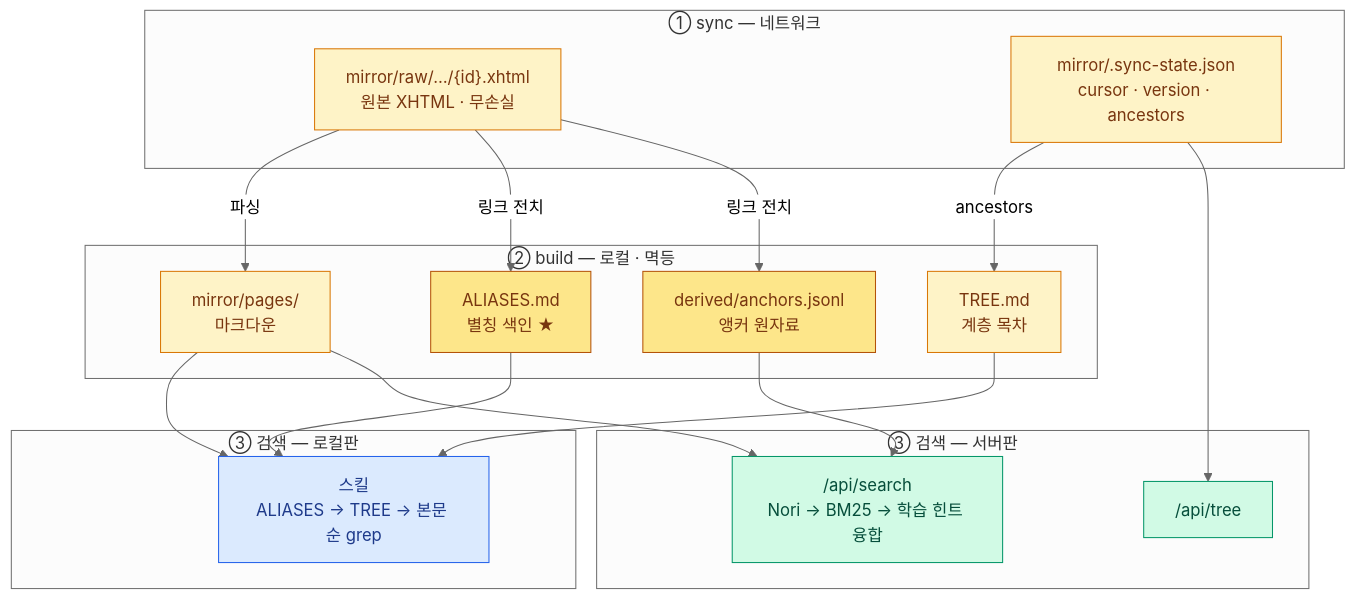
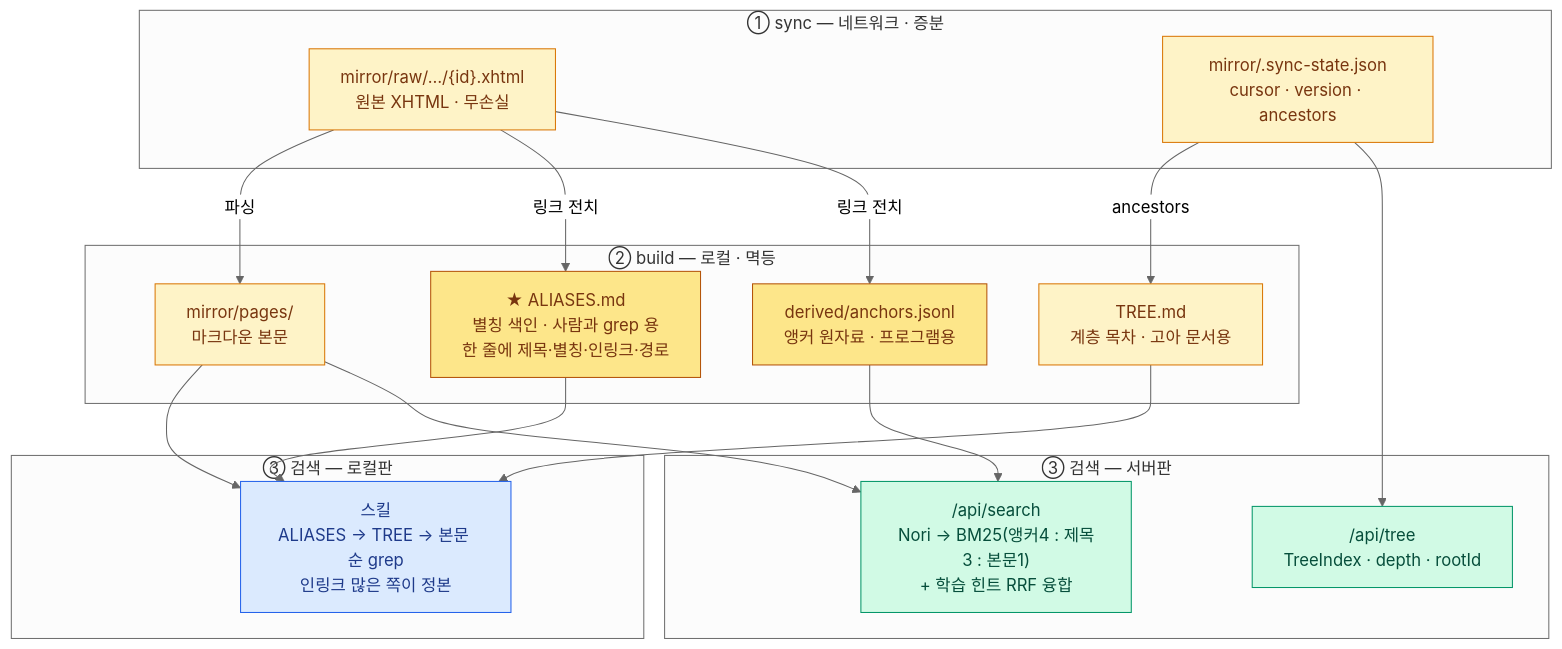
One commit to mukansei/wikilens changed the second of 3 diagrams in README.md. Above: the diagram before and after it, drawn with Mermaid (neutral theme). The commit also changed other lines of this file, not shown here.

First line of the commit message:
docs: README 다이어그램 라벨 복원 및 학습 레이어 절·목차 추가

````diff
--- a/README.md
+++ b/README.md
@@ -97,45 +114,45 @@
 ```mermaid
 flowchart TB
-    subgraph S1["① sync — 네트워크"]
+    subgraph S1["① sync — 네트워크 · 증분"]
         RAW["mirror/raw/…/{id}.xhtml<br/>원본 XHTML · 무손실"]
         STATE["mirror/.sync-state.json<br/>cursor · version · ancestors"]
     end
 
     subgraph S2["② build — 로컬 · 멱등"]
-        PAGES["mirror/pages/<br/>마크다운"]
-        ALIAS["ALIASES.md<br/>별칭 색인 ★"]
-        TREE["TREE.md<br/>계층 목차"]
-        ANCH["derived/anchors.jsonl<br/>앵커 원자료"]
+        PAGES["mirror/pages/<br/>마크다운 본문"]
+        ALIAS["★ ALIASES.md<br/>별칭 색인 · 사람과 grep 용<br/>한 줄에 제목·별칭·인링크·경로"]
+        TREE["TREE.md<br/>계층 목차 · 고아 문서용"]
+        ANCH["derived/anchors.jsonl<br/>앵커 원자료 · 프로그램용"]
     end
 
     subgraph S3L["③ 검색 — 로컬판"]
-        LQ["스킬<br/>ALIASES → TREE → 본문 순 grep"]
+        LQ["스킬<br/>ALIASES → TREE → 본문 순 grep<br/>인링크 많은 쪽이 정본"]
     end
 
     subgraph S3S["③ 검색 — 서버판"]
-        SQ["/api/search<br/>Nori → BM25 → 학습 힌트 융합"]
-        ST["/api/tree"]
+        SQ["/api/search<br/>Nori → BM25(앵커4 : 제목3 : 본문1)<br/>+ 학습 힌트 RRF 융합"]
+        ST["/api/tree<br/>TreeIndex · depth · rootId"]
     end
 
     RAW -->|파싱| PAGES
     RAW -->|링크 전치| ALIAS
     RAW -->|링크 전치| ANCH
     STATE -->|ancestors| TREE
 
     ALIAS --> LQ
     TREE --> LQ
     PAGES --> LQ
 
     ANCH --> SQ
     PAGES --> SQ
     STATE --> ST
 
     classDef st fill:#fef3c7,stroke:#d97706,color:#78350f
     classDef key fill:#fde68a,stroke:#b45309,color:#78350f
     classDef py fill:#dbeafe,stroke:#2563eb,color:#1e3a8a
     classDef kt fill:#d1fae5,stroke:#059669,color:#064e3b
     class RAW,STATE,PAGES,TREE st
     class ALIAS,ANCH key
     class LQ py
     class SQ,ST kt
 ```
````
